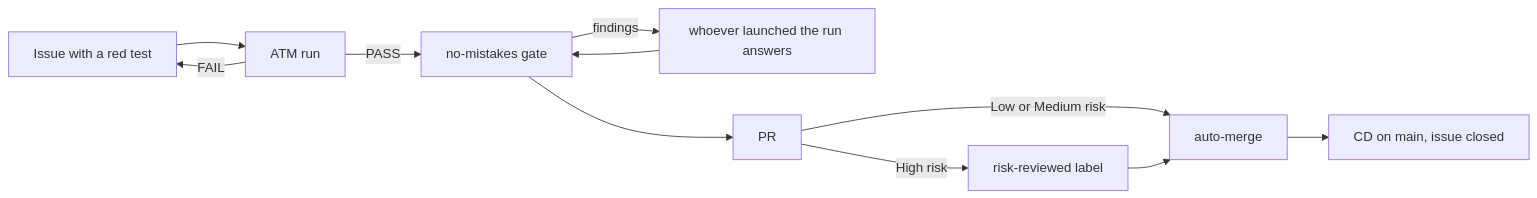
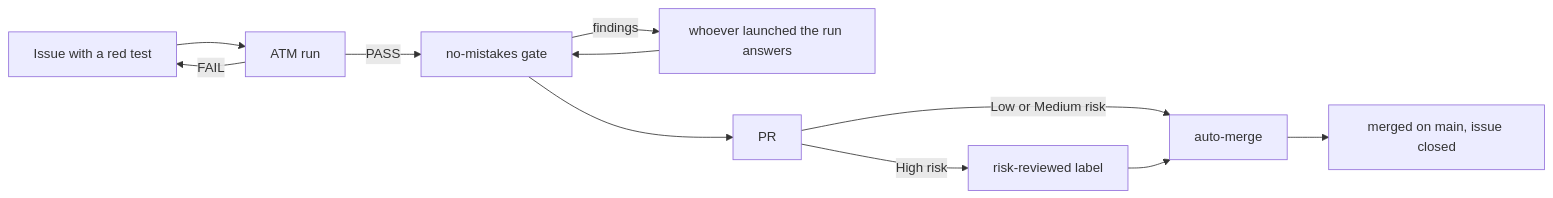
One commit to thellmwhisperer/agentic-team-member changed the diagram in docs/self-maintenance.md. Above: the diagram before and after it, drawn with Mermaid. The commit also changed other lines of this file and 7 other files, not shown here.

````diff
--- a/docs/self-maintenance.md
+++ b/docs/self-maintenance.md
@@ -9,12 +9,12 @@
 ```mermaid
 flowchart LR
     I[Issue with a red test] --> R[ATM run]
     R -->|PASS| G[no-mistakes gate]
     R -->|FAIL| I
     G -->|findings| H[whoever launched the run answers]
     H --> G
     G --> P[PR]
     P -->|Low or Medium risk| M[auto-merge]
     P -->|High risk| L[risk-reviewed label] --> M
-    M --> C[CD on main, issue closed]
+    M --> C[merged on main, issue closed]
 ```
````
